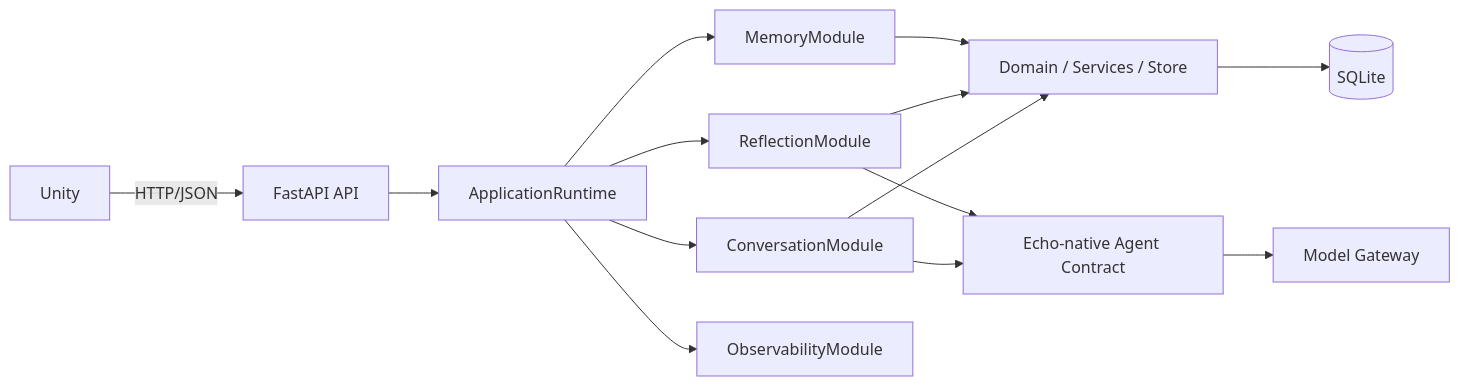
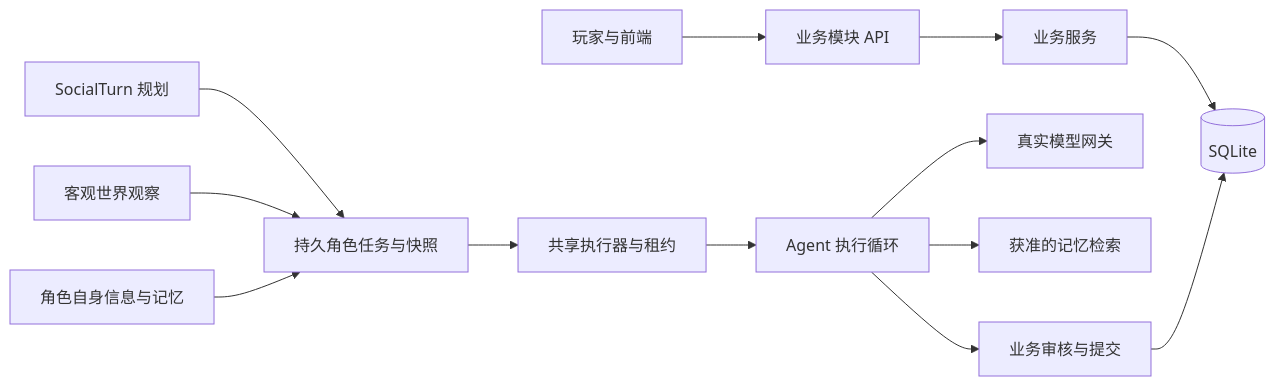
One commit to Weilan0811/echo-commons changed the diagram in server/docs/architecture.md. Above: the diagram before and after it, drawn with Mermaid. The commit also changed other lines of this file and 191 other files, not shown here.

````diff
--- a/server/docs/architecture.md
+++ b/server/docs/architecture.md
@@ -12,16 +5,15 @@
 ```mermaid
 flowchart LR
-    U[Unity] -->|HTTP/JSON| A[FastAPI API]
-    A --> R[ApplicationRuntime]
-    R --> C[ConversationModule]
-    R --> F[ReflectionModule]
-    R --> M[MemoryModule]
-    R --> O[ObservabilityModule]
-    C --> S[Domain / Services / Store]
-    F --> S
-    M --> S
-    C --> E[Echo-native Agent Contract]
-    F --> E
-    E --> G[Model Gateway]
-    S --> D[(SQLite)]
+    Client[玩家与前端] --> API[业务模块 API]
+    API --> Services[业务服务]
+    Services --> DB[(SQLite)]
+    Planner[SocialTurn 规划] --> Tasks[持久角色任务与快照]
+    Tasks --> Workers[共享执行器与租约]
+    Workers --> Harness[Agent 执行循环]
+    Harness --> Models[真实模型网关]
+    Harness --> Tools[获准的记忆检索]
+    Harness --> Review[业务审核与提交]
+    Review --> DB
+    Perspective[客观世界观察] --> Tasks
+    Memory[角色自身信息与记忆] --> Tasks
 ```
````
